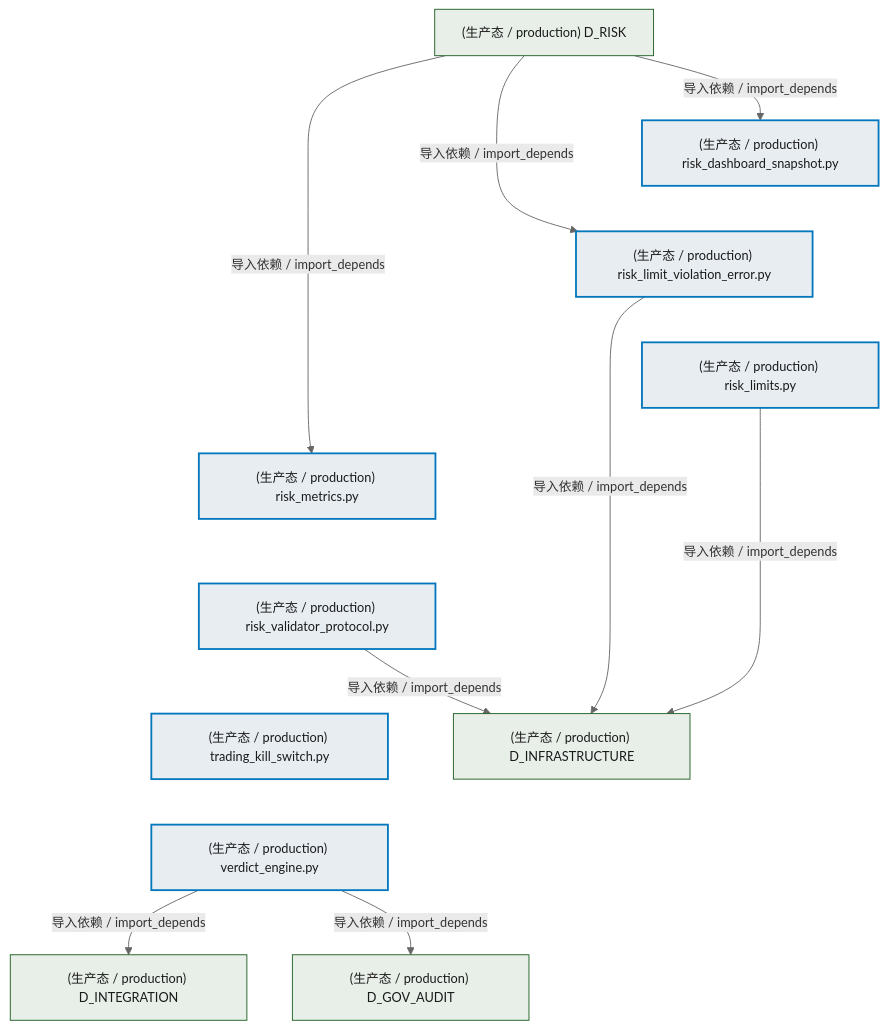
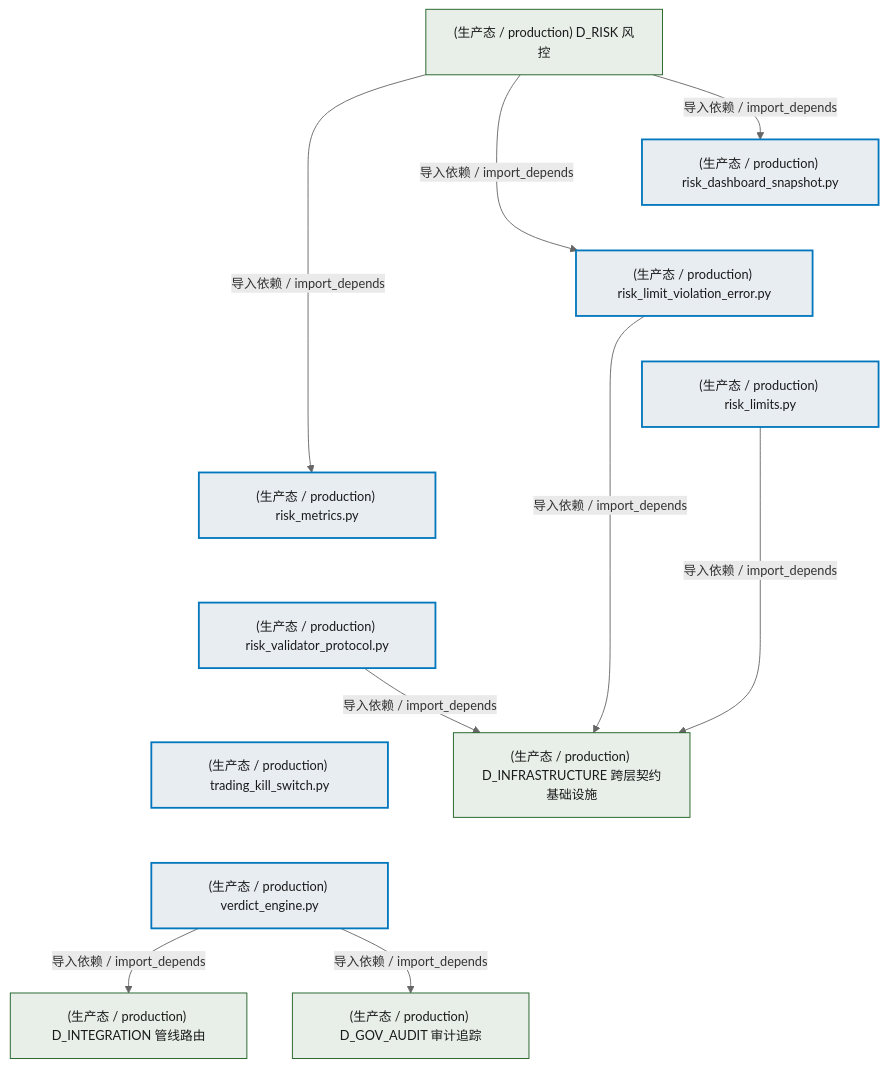
Before and after one commit to xuanFelixVan/ZephyrAlpha: the second of 4 diagrams in docs/02_enterprise_architecture/02_domain_architecture_docs/72_d_trading.md, drawn with Mermaid. The commit also changed other lines of this file and 45 other files, not shown here.

````diff
--- a/docs/02_enterprise_architecture/02_domain_architecture_docs/72_d_trading.md
+++ b/docs/02_enterprise_architecture/02_domain_architecture_docs/72_d_trading.md
@@ -220,35 +218,35 @@
 ```mermaid
 %%{init: {'theme': 'base', 'themeVariables': {'primaryColor': '#eaeaea', 'primaryTextColor': '#333333', 'primaryBorderColor': '#666666', 'lineColor': '#666666', 'secondaryColor': '#eaeaea', 'tertiaryColor': '#eaeaea', 'fontSize': '14px'}}}%%
 flowchart TD
     src_zephyr_trading_trading_contracts_risk_risk_dashboard_snapshot_py["(生产态 / production) risk_dashboard_snapshot.py"]
     src_zephyr_trading_trading_contracts_risk_risk_limit_violation_error_py["(生产态 / production) risk_limit_violation_error.py"]
     src_zephyr_trading_trading_contracts_risk_risk_limits_py["(生产态 / production) risk_limits.py"]
     src_zephyr_trading_trading_contracts_risk_risk_metrics_py["(生产态 / production) risk_metrics.py"]
     src_zephyr_trading_trading_contracts_risk_risk_validator_protocol_py["(生产态 / production) risk_validator_protocol.py"]
     src_zephyr_trading_trading_contracts_risk_trading_kill_switch_py["(生产态 / production) trading_kill_switch.py"]
     src_zephyr_trading_verdict_engine_py["(生产态 / production) verdict_engine.py"]
     src_zephyr_trading_trading_contracts_risk_risk_dashboard_snapshot_py ~~~ src_zephyr_trading_trading_contracts_risk_risk_limit_violation_error_py
     src_zephyr_trading_trading_contracts_risk_risk_limit_violation_error_py ~~~ src_zephyr_trading_trading_contracts_risk_risk_limits_py
     src_zephyr_trading_trading_contracts_risk_risk_limits_py ~~~ src_zephyr_trading_trading_contracts_risk_risk_metrics_py
     src_zephyr_trading_trading_contracts_risk_risk_metrics_py ~~~ src_zephyr_trading_trading_contracts_risk_risk_validator_protocol_py
     src_zephyr_trading_trading_contracts_risk_risk_validator_protocol_py ~~~ src_zephyr_trading_trading_contracts_risk_trading_kill_switch_py
     src_zephyr_trading_trading_contracts_risk_trading_kill_switch_py ~~~ src_zephyr_trading_verdict_engine_py
-    D_INFRASTRUCTURE["(生产态 / production) D_INFRASTRUCTURE"]
+    D_INFRASTRUCTURE["(生产态 / production) D_INFRASTRUCTURE 跨层契约基础设施"]
     src_zephyr_trading_trading_contracts_risk_risk_limits_py -->|导入依赖 / import_depends| D_INFRASTRUCTURE
     src_zephyr_trading_trading_contracts_risk_risk_limit_violation_error_py -->|导入依赖 / import_depends| D_INFRASTRUCTURE
-    D_INTEGRATION["(生产态 / production) D_INTEGRATION"]
+    D_INTEGRATION["(生产态 / production) D_INTEGRATION 管线路由"]
     src_zephyr_trading_verdict_engine_py -->|导入依赖 / import_depends| D_INTEGRATION
     src_zephyr_trading_trading_contracts_risk_risk_validator_protocol_py -->|导入依赖 / import_depends| D_INFRASTRUCTURE
-    D_GOV_AUDIT["(生产态 / production) D_GOV_AUDIT"]
+    D_GOV_AUDIT["(生产态 / production) D_GOV_AUDIT 审计追踪"]
     src_zephyr_trading_verdict_engine_py -->|导入依赖 / import_depends| D_GOV_AUDIT
-    D_RISK["(生产态 / production) D_RISK"]
+    D_RISK["(生产态 / production) D_RISK 风控"]
     D_RISK -->|导入依赖 / import_depends| src_zephyr_trading_trading_contracts_risk_risk_dashboard_snapshot_py
     D_RISK -->|导入依赖 / import_depends| src_zephyr_trading_trading_contracts_risk_risk_metrics_py
     D_RISK -->|导入依赖 / import_depends| src_zephyr_trading_trading_contracts_risk_risk_limit_violation_error_py
     classDef production fill:#e8edf2,stroke:#0277bd,stroke-width:2px,color:#1a1a1a
     classDef design fill:#f0ebe3,stroke:#bf360c,stroke-width:2px,color:#1a1a1a,stroke-dasharray: 5 5
     classDef external_prod fill:#e8efe9,stroke:#1b5e20,stroke-width:1px,color:#1a1a1a
     classDef external_design fill:#efe5ea,stroke:#880e4f,stroke-width:1px,color:#1a1a1a,stroke-dasharray: 5 5
     class src_zephyr_trading_trading_contracts_risk_risk_dashboard_snapshot_py,src_zephyr_trading_trading_contracts_risk_risk_limit_violation_error_py,src_zephyr_trading_trading_contracts_risk_risk_limits_py,src_zephyr_trading_trading_contracts_risk_risk_metrics_py,src_zephyr_trading_trading_contracts_risk_risk_validator_protocol_py,src_zephyr_trading_trading_contracts_risk_trading_kill_switch_py,src_zephyr_trading_verdict_engine_py production
     class D_INFRASTRUCTURE,D_INTEGRATION,D_GOV_AUDIT,D_RISK external_prod
 ```
````
